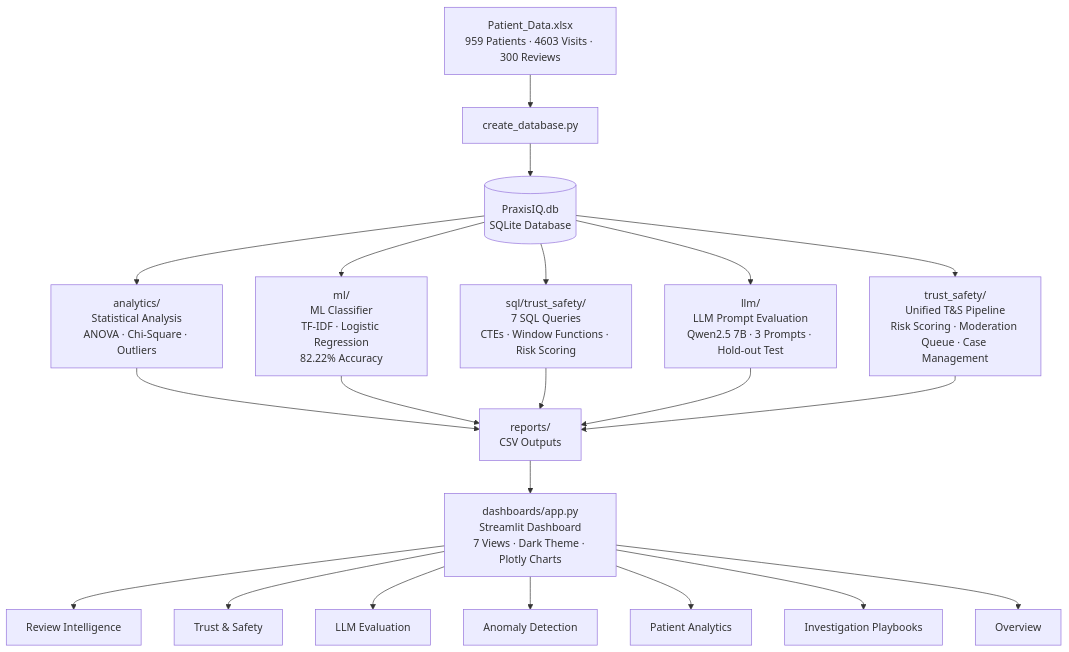
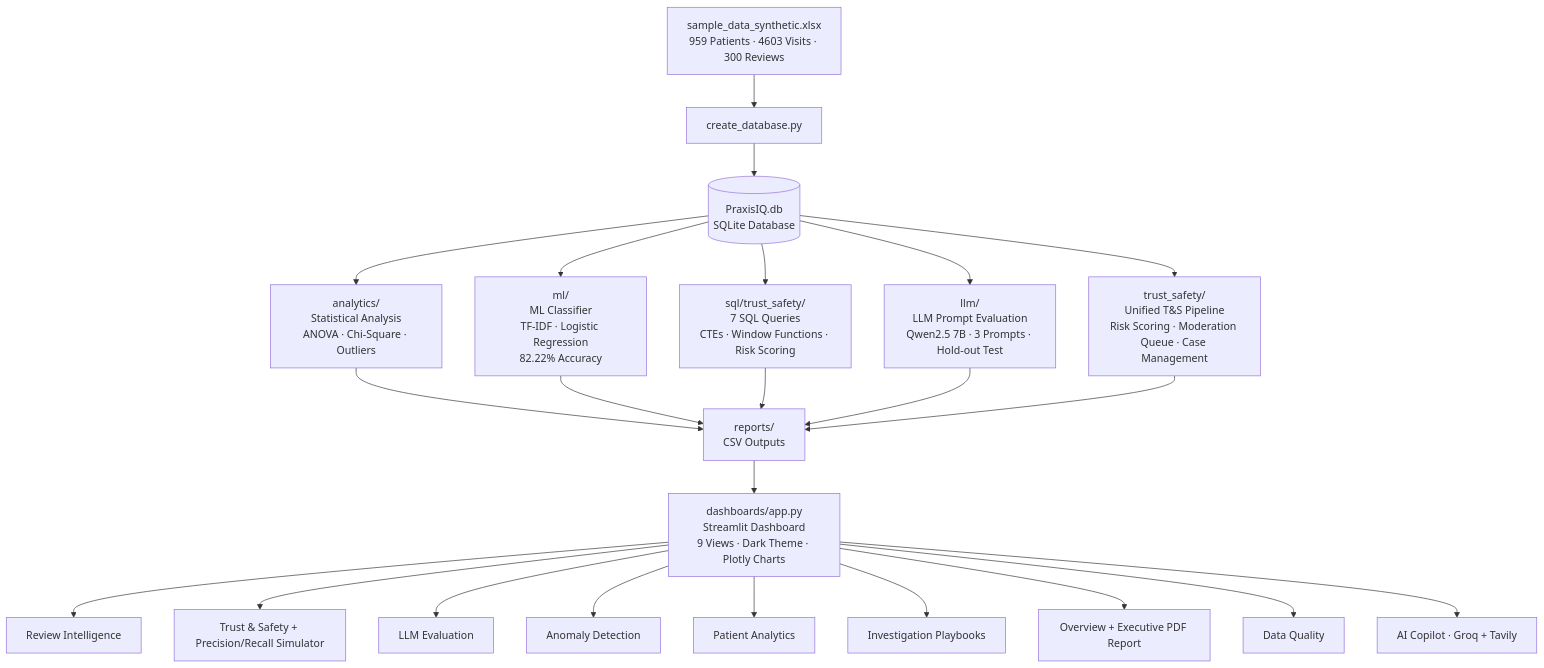
The first of 2 diagrams in README.md (VishnuO5/PraxisIQ), drawn with Mermaid before and after one commit. The commit also changed other lines of this file, not shown here.

Commit message:
docs: add Data Dictionary, update AI Copilot section, 9 dashboard pages, fix file references

````diff
--- a/README.md
+++ b/README.md
@@ -49,27 +52,29 @@
 ```mermaid
 flowchart TD
-    A[Patient_Data.xlsx\n959 Patients · 4603 Visits · 300 Reviews] --> B[create_database.py]
+    A[sample_data_synthetic.xlsx\n959 Patients · 4603 Visits · 300 Reviews] --> B[create_database.py]
     B --> C[(PraxisIQ.db\nSQLite Database)]
 
     C --> D[analytics/\nStatistical Analysis\nANOVA · Chi-Square · Outliers]
     C --> E[ml/\nML Classifier\nTF-IDF · Logistic Regression\n82.22% Accuracy]
     C --> F[sql/trust_safety/\n7 SQL Queries\nCTEs · Window Functions · Risk Scoring]
     C --> G[llm/\nLLM Prompt Evaluation\nQwen2.5 7B · 3 Prompts · Hold-out Test]
     C --> H[trust_safety/\nUnified T&S Pipeline\nRisk Scoring · Moderation Queue · Case Management]
 
     D --> I[reports/\nCSV Outputs]
     E --> I
     F --> I
     G --> I
     H --> I
 
-    I --> J[dashboards/app.py\nStreamlit Dashboard\n7 Views · Dark Theme · Plotly Charts]
+    I --> J[dashboards/app.py\nStreamlit Dashboard\n9 Views · Dark Theme · Plotly Charts]
 
     J --> K[Review Intelligence]
-    J --> L[Trust & Safety]
+    J --> L[Trust & Safety + Precision/Recall Simulator]
     J --> M[LLM Evaluation]
     J --> N[Anomaly Detection]
     J --> O[Patient Analytics]
     J --> P[Investigation Playbooks]
-    J --> Q[Overview]
+    J --> Q[Overview + Executive PDF Report]
+    J --> R[Data Quality]
+    J --> S[AI Copilot · Groq + Tavily]
 ```
````
